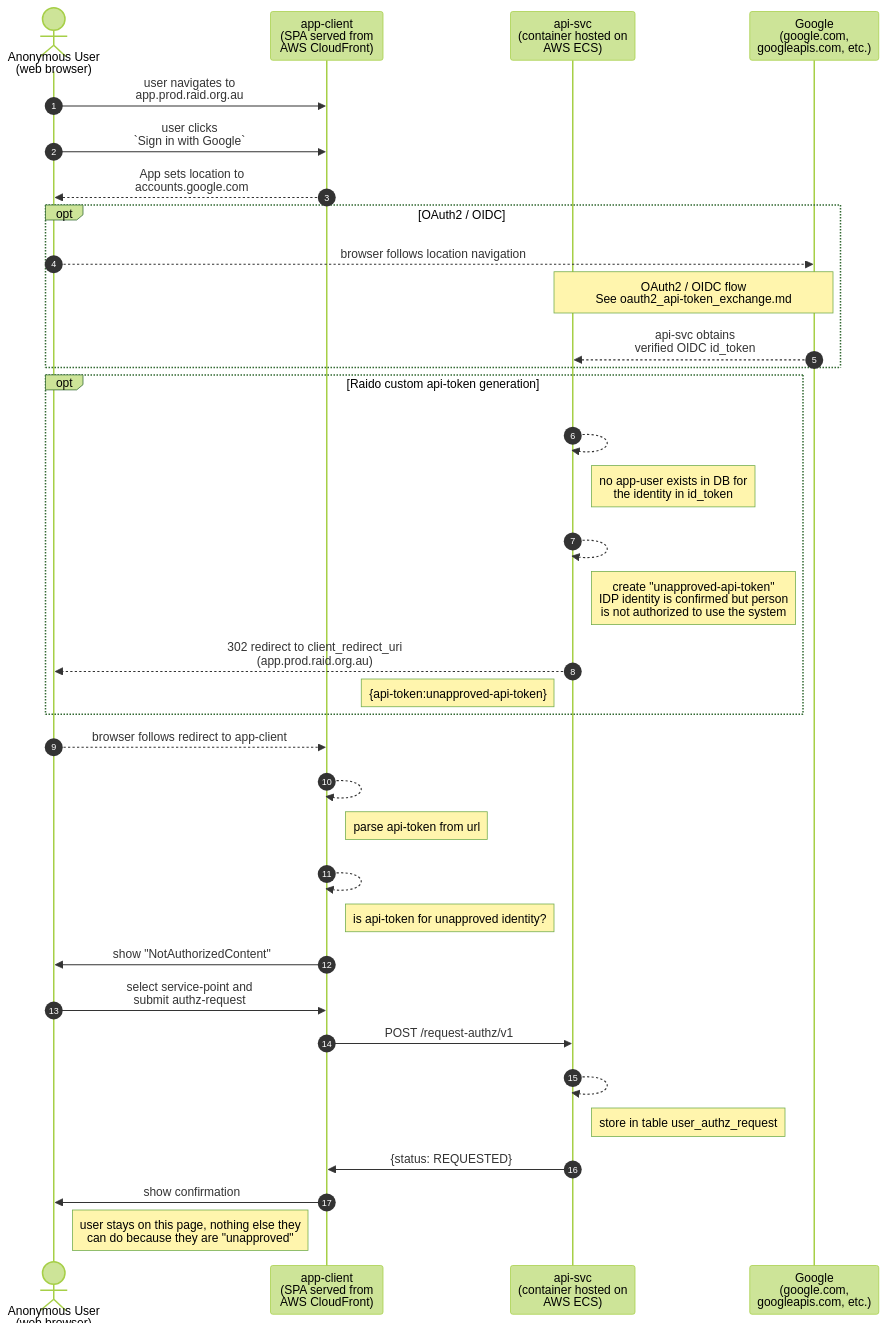
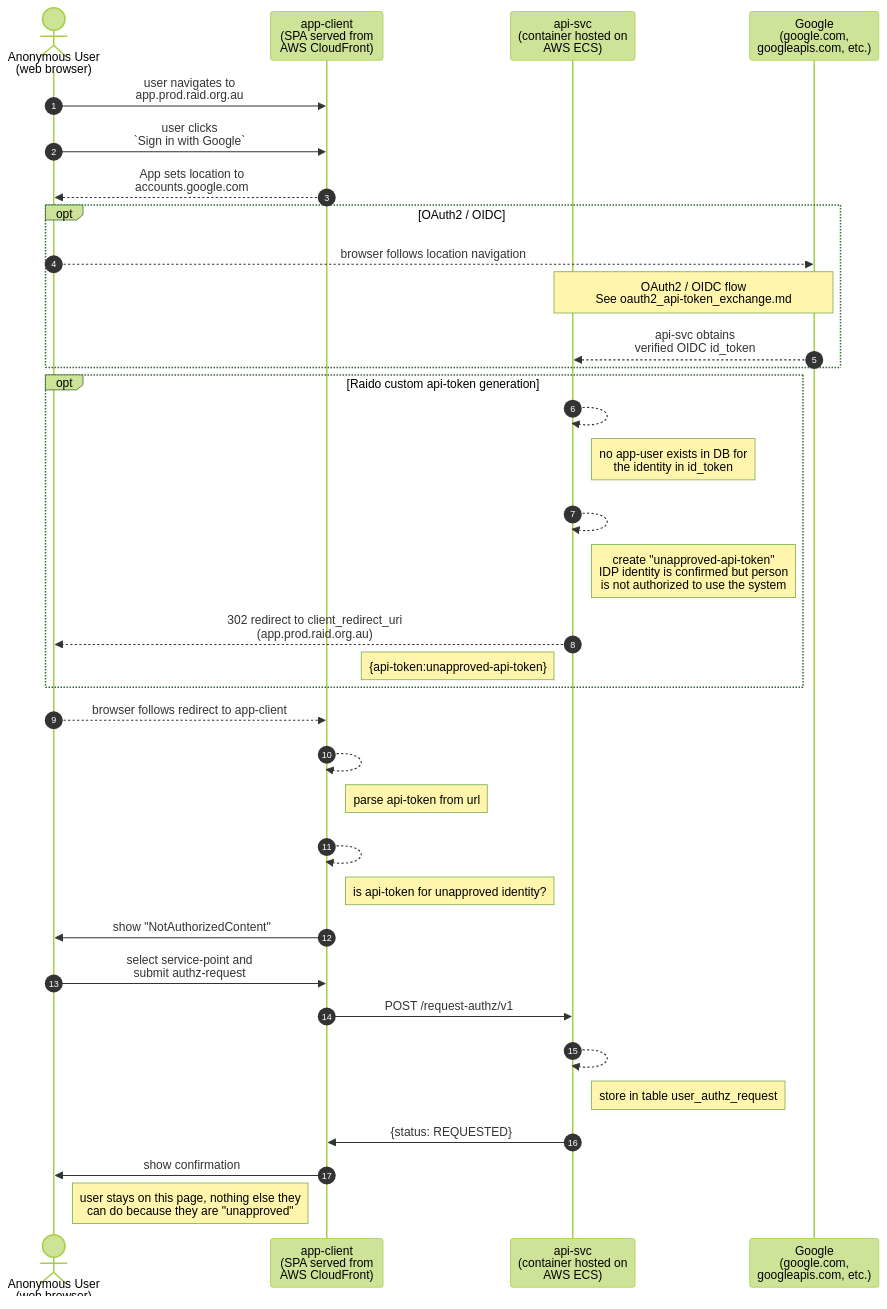
The first of 2 diagrams in doc/security/access-control/authorizaton/app-user-authz-request-flow.md (au-research/raido), drawn with Mermaid (forest theme) before and after one commit. The commit also changed other lines of this file, not shown here.

````diff
--- a/doc/security/access-control/authorizaton/app-user-authz-request-flow.md
+++ b/doc/security/access-control/authorizaton/app-user-authz-request-flow.md
@@ -13,52 +22,52 @@
 ```mermaid
 sequenceDiagram
 autonumber
 actor user as Anonymous User<br/>(web browser)
 participant app as app-client<br/>(SPA served from<br/> AWS CloudFront) 
 participant api as api-svc<br/>(container hosted on<br/>AWS ECS)
 participant idp as Google<br/>(google.com,<br/>googleapis.com, etc.)
 
 user->>app: user navigates to <br/>app.prod.raid.org.au
 user->>app: user clicks<br/>`Sign in with Google`
 app-->>user: App sets location to <br/>accounts.google.com
 
 opt OAuth2 / OIDC
   user-->>idp: browser follows location navigation
     Note over api, idp: OAuth2 / OIDC flow<br/>See oauth2_api-token_exchange.md
   idp-->>api: api-svc obtains<br/>verified OIDC id_token
 end
 
 opt Raido custom api-token generation
-  api-->>api: _
+  api-->>api: 
     note right of api: no app-user exists in DB for<br/>the identity in id_token
 
   api-->>api: _
     note right of api: create "unapproved-api-token"<br/>IDP identity is confirmed but person<br/>is not authorized to use the system
 
   api-->>user: 302 redirect to client_redirect_uri<br/>(app.prod.raid.org.au)
   note left of api: {api-token:unapproved-api-token}
 
 end
 
 user-->>app: browser follows redirect to app-client
 app-->>app: _
   note right of app: parse api-token from url
 
 app-->>app: _
   note right of app: is api-token for unapproved identity?
 
 app->>user: show "NotAuthorizedContent"
 
 user->>app: select service-point and<br/>submit authz-request
 
 app->>api: POST /request-authz/v1
 
 api-->>api: _
   note right of api: store in table user_authz_request
 
 api->>app: {status: REQUESTED}
 
 app->>user: show confirmation
 
 note right of user: user stays on this page, nothing else they<br/>can do because they are "unapproved"
 ```
````
